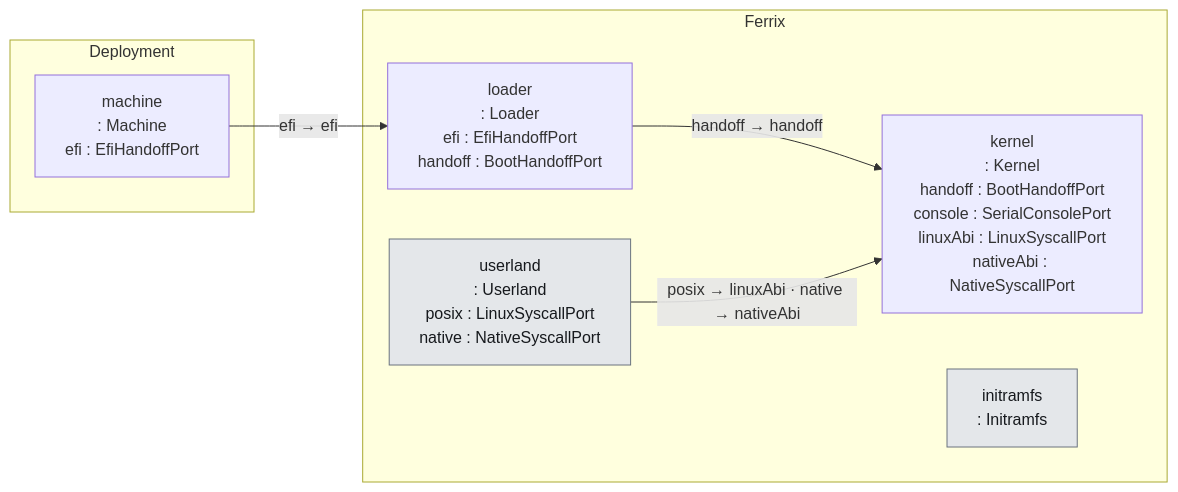
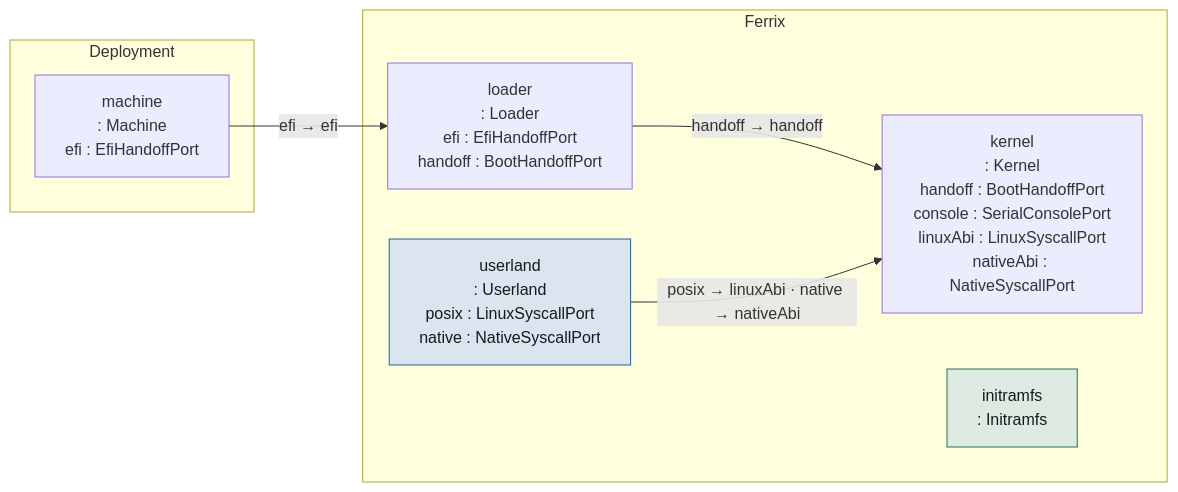
The second of 20 diagrams in docs/generated/ARCHITECTURE.md (SetZero/ferrix), drawn with Mermaid before and after one commit. The commit also changed other lines of this file and 12 other files, not shown here.

First line of the commit message:
Regenerate the architecture document from the model

````diff
--- a/docs/generated/ARCHITECTURE.md
+++ b/docs/generated/ARCHITECTURE.md
@@ -360,17 +365,19 @@
 ```mermaid
 flowchart LR
   subgraph n0_FerrixStructure_Deployment_machine_g["Deployment"]
     n0_FerrixStructure_Deployment_machine["machine<br>: Machine<br>efi : EfiHandoffPort"]
   end
   subgraph n1_FerrixStructure_Ferrix_loader_g["Ferrix"]
     n1_FerrixStructure_Ferrix_loader["loader<br>: Loader<br>efi : EfiHandoffPort<br>handoff : BootHandoffPort"]
     n2_FerrixStructure_Ferrix_kernel["kernel<br>: Kernel<br>handoff : BootHandoffPort<br>console : SerialConsolePort<br>linuxAbi : LinuxSyscallPort<br>nativeAbi : NativeSyscallPort"]
     n3_FerrixStructure_Ferrix_initramfs["initramfs<br>: Initramfs"]
     n4_FerrixStructure_Ferrix_userland["userland<br>: Userland<br>posix : LinuxSyscallPort<br>native : NativeSyscallPort"]
   end
   n1_FerrixStructure_Ferrix_loader -- "handoff → handoff" --> n2_FerrixStructure_Ferrix_kernel
   n4_FerrixStructure_Ferrix_userland -- "posix → linuxAbi · native → nativeAbi" --> n2_FerrixStructure_Ferrix_kernel
   n0_FerrixStructure_Deployment_machine -- "efi → efi" --> n1_FerrixStructure_Ferrix_loader
-  classDef planned fill:#e4e7ea,stroke:#6a737e,color:#16191d
-  class n3_FerrixStructure_Ferrix_initramfs,n4_FerrixStructure_Ferrix_userland planned
+  classDef implemented fill:#dceae2,stroke:#2c6e4e,color:#16191d
+  classDef inProgress fill:#dae5f0,stroke:#2a5f8f,color:#16191d
+  class n3_FerrixStructure_Ferrix_initramfs implemented
+  class n4_FerrixStructure_Ferrix_userland inProgress
 ```
````
